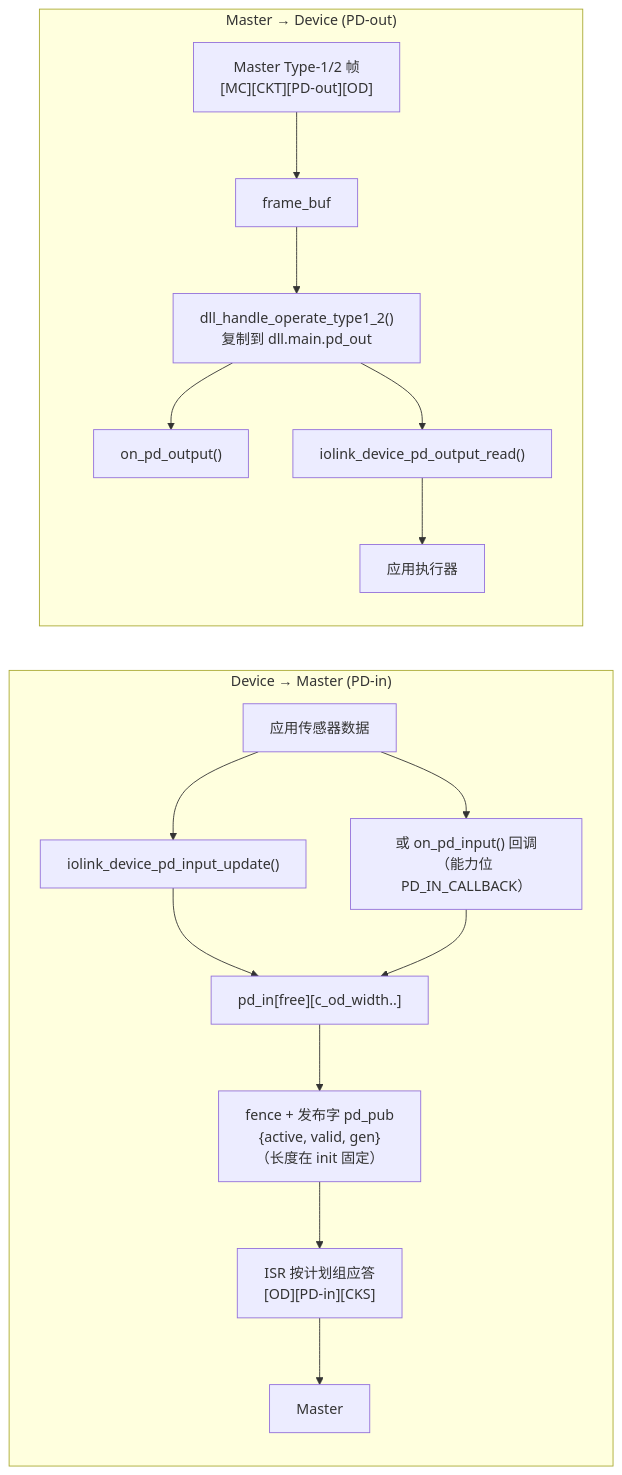
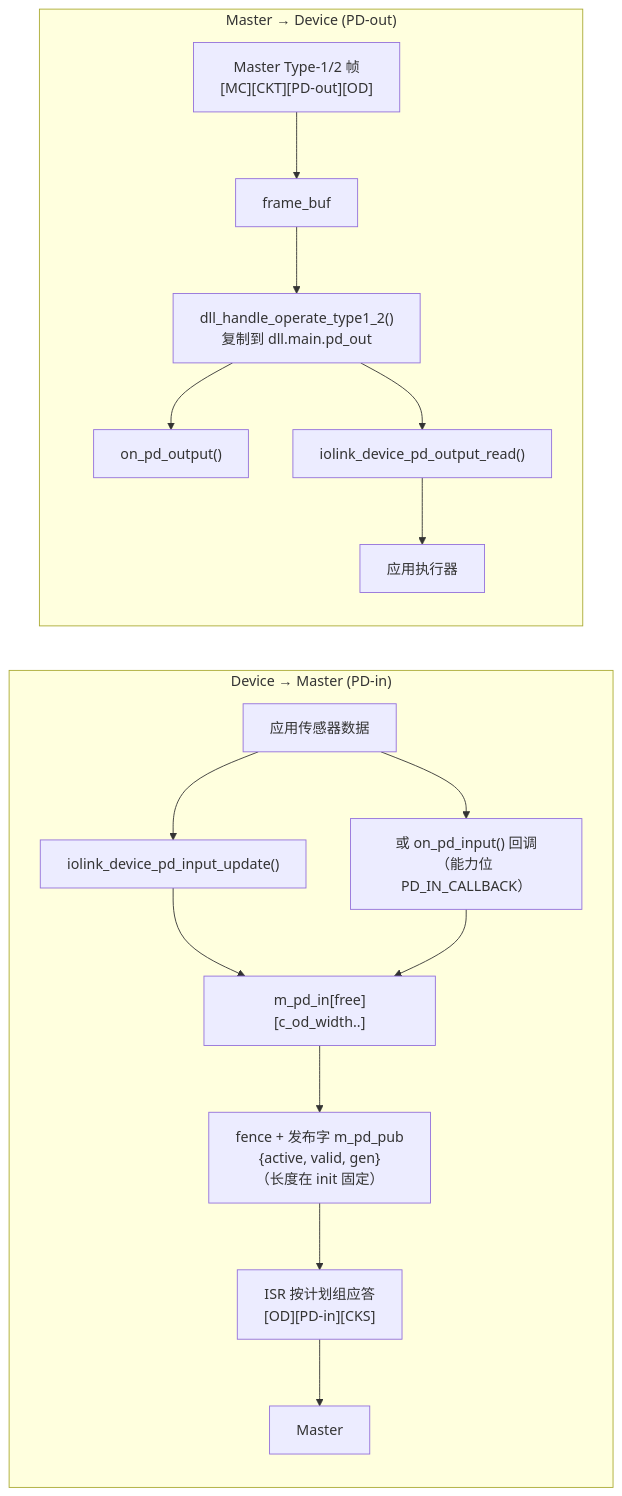
Before and after one commit to Adlyq/iolinki: the eighth of 17 diagrams in docs/CODE_FLOW.md, drawn with Mermaid. The commit also changed other lines of this file and 30 other files, not shown here.

````diff
--- a/docs/CODE_FLOW.md
+++ b/docs/CODE_FLOW.md
@@ -545,19 +545,19 @@
 ```mermaid
 flowchart LR
     subgraph IN["Device → Master (PD-in)"]
         A1["应用传感器数据"] --> A2["iolink_device_pd_input_update()"]
         A1 --> A3["或 on_pd_input() 回调<br/>（能力位 PD_IN_CALLBACK）"]
-        A2 --> A4["pd_in[free][c_od_width..]"]
+        A2 --> A4["m_pd_in[free][c_od_width..]"]
         A3 --> A4
-        A4 --> A5["fence + 发布字 pd_pub<br/>{active, valid, gen}<br/>（长度在 init 固定）"]
+        A4 --> A5["fence + 发布字 m_pd_pub<br/>{active, valid, gen}<br/>（长度在 init 固定）"]
         A5 --> A6["ISR 按计划组应答<br/>[OD][PD-in][CKS]"]
         A6 --> A7["Master"]
     end
     subgraph OUT["Master → Device (PD-out)"]
         B1["Master Type-1/2 帧<br/>[MC][CKT][PD-out][OD]"] --> B2["frame_buf"]
         B2 --> B3["dll_handle_operate_type1_2()<br/>复制到 dll.main.pd_out"]
         B3 --> B4["on_pd_output()"]
         B3 --> B5["iolink_device_pd_output_read()"]
         B5 --> B6["应用执行器"]
     end
 ```
````
